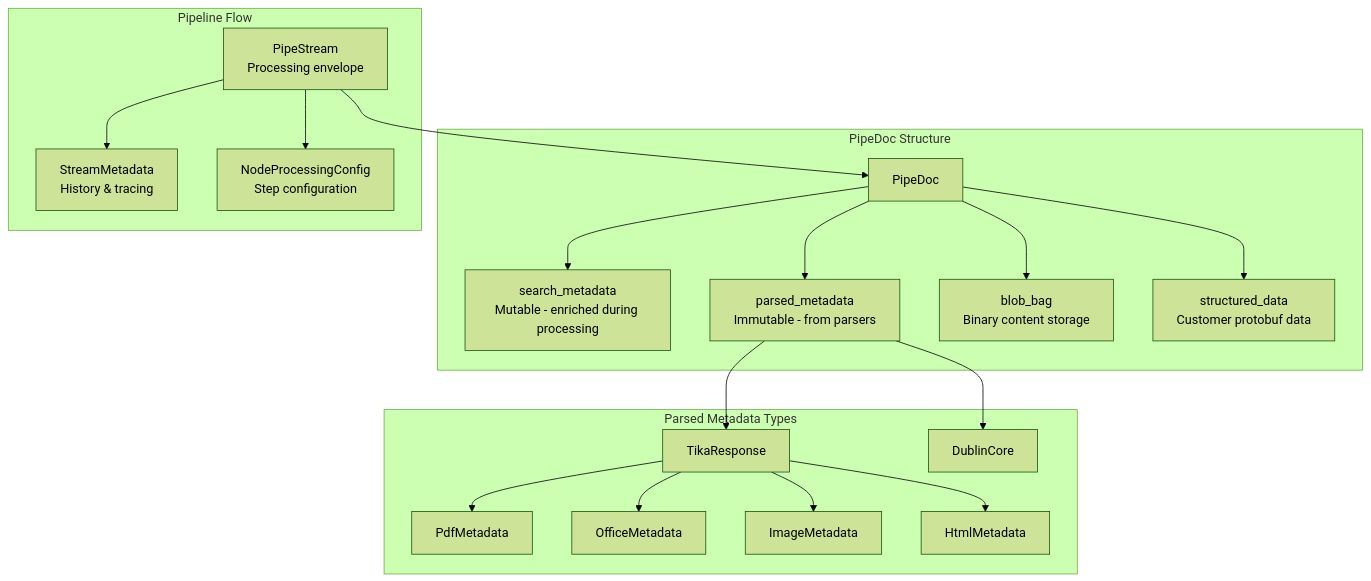
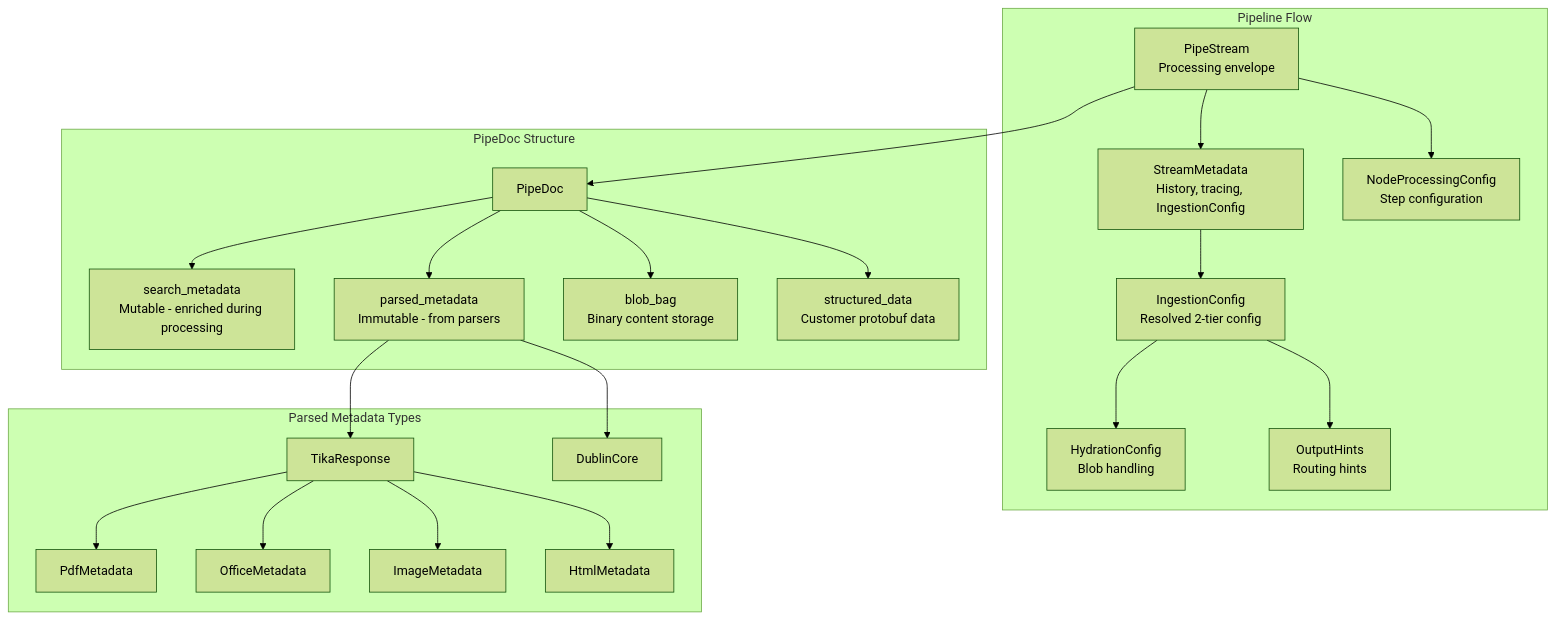
The diagram in common/README.md (ai-pipestream/pipestream-protos), drawn with Mermaid (forest theme) before and after one commit. The commit also changed other lines of this file and 5 other files, not shown here.

````diff
--- a/common/README.md
+++ b/common/README.md
@@ -27,26 +27,29 @@
 ```mermaid
 graph TD
     subgraph "PipeDoc Structure"
         PD[PipeDoc]
         PD --> SM[search_metadata<br/>Mutable - enriched during processing]
         PD --> PM[parsed_metadata<br/>Immutable - from parsers]
         PD --> BB[blob_bag<br/>Binary content storage]
         PD --> SD[structured_data<br/>Customer protobuf data]
     end
 
     subgraph "Pipeline Flow"
         PS[PipeStream<br/>Processing envelope]
         PS --> PD
-        PS --> META[StreamMetadata<br/>History & tracing]
+        PS --> META[StreamMetadata<br/>History, tracing, IngestionConfig]
         PS --> NPC[NodeProcessingConfig<br/>Step configuration]
+        META --> IC[IngestionConfig<br/>Resolved 2-tier config]
+        IC --> HC[HydrationConfig<br/>Blob handling]
+        IC --> OH[OutputHints<br/>Routing hints]
     end
 
     subgraph "Parsed Metadata Types"
         PM --> TIKA[TikaResponse]
         PM --> DC[DublinCore]
         TIKA --> PDF[PdfMetadata]
         TIKA --> OFFICE[OfficeMetadata]
         TIKA --> IMG[ImageMetadata]
         TIKA --> HTML[HtmlMetadata]
     end
 ```
````
